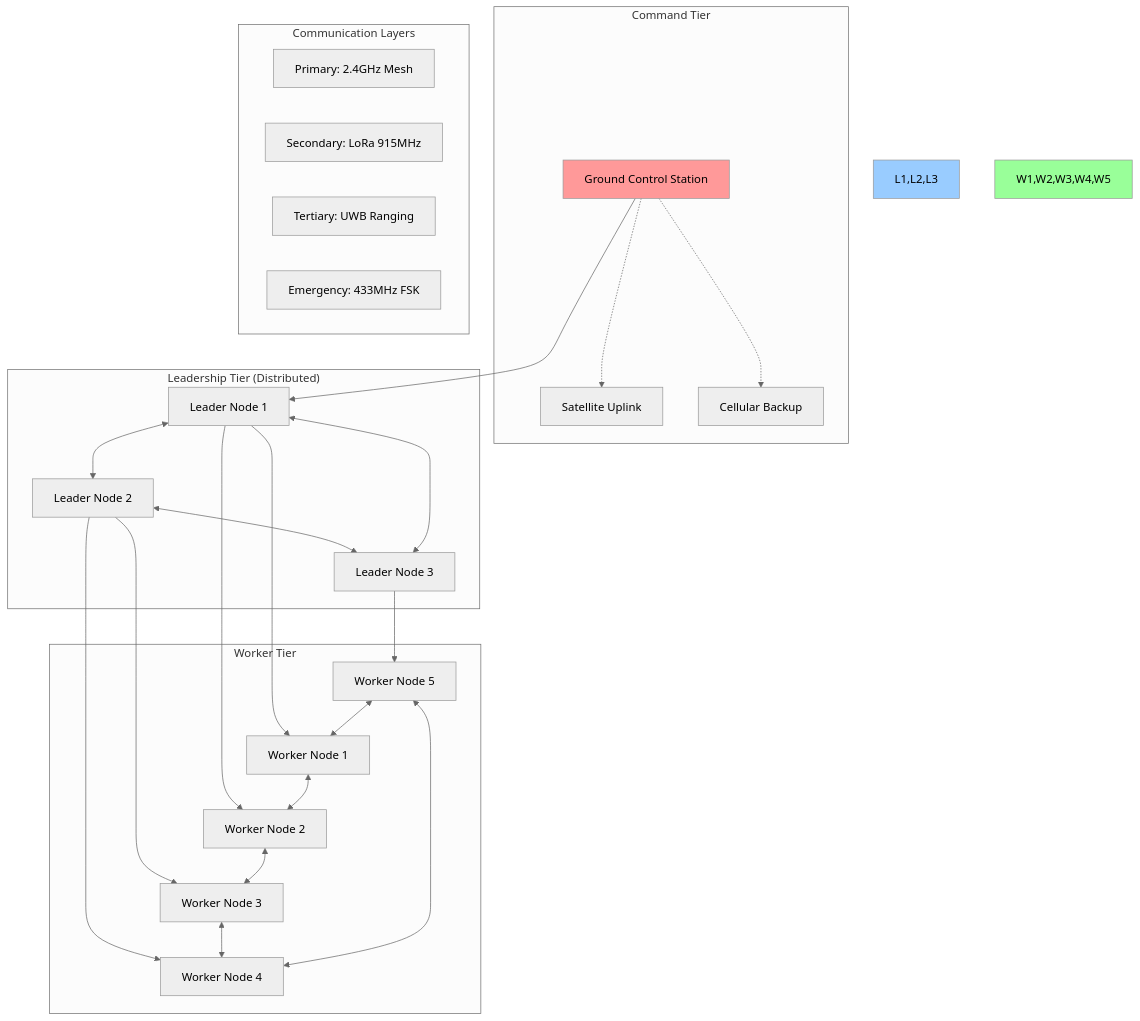
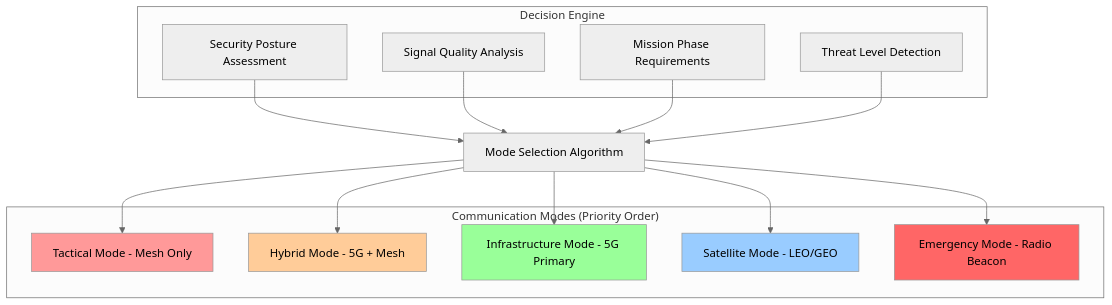
One commit to ResQTerra/terrasearch-core changed the first of 6 diagrams in README.md. Above: the diagram before and after it, drawn with Mermaid (neutral theme). The commit also changed other lines of this file, not shown here.

Commit message:
feat: hybrid arch

````diff
--- a/README.md
+++ b/README.md
@@ -43,52 +39,34 @@
 ```mermaid
-graph TB
-    subgraph "Command Tier"
-        GCS[Ground Control Station]
-        SAT[Satellite Uplink]
-        CELL[Cellular Backup]
+graph TD
+    subgraph "Communication Modes (Priority Order)"
+        TACTICAL[Tactical Mode - Mesh Only]
+        HYBRID[Hybrid Mode - 5G + Mesh]
+        INFRA[Infrastructure Mode - 5G Primary]
+        SATCOM[Satellite Mode - LEO/GEO]
+        EMERGENCY[Emergency Mode - Radio Beacon]
     end
 
-    subgraph "Leadership Tier (Distributed)"
-        L1[Leader Node 1]
-        L2[Leader Node 2] 
-        L3[Leader Node 3]
+    subgraph "Decision Engine"
+        SECURITY[Security Posture Assessment]
+        CONNECTIVITY[Signal Quality Analysis] 
+        MISSION[Mission Phase Requirements]
+        THREAT[Threat Level Detection]
     end
 
-    subgraph "Worker Tier"
-        W1[Worker Node 1]
-        W2[Worker Node 2]
-        W3[Worker Node 3]
-        W4[Worker Node 4]
-        W5[Worker Node 5]
-    end
+    SECURITY --> MODE_SELECT[Mode Selection Algorithm]
+    CONNECTIVITY --> MODE_SELECT
+    MISSION --> MODE_SELECT
+    THREAT --> MODE_SELECT
 
-    subgraph "Communication Layers"
-        PRIM[Primary: 2.4GHz Mesh]
-        SEC[Secondary: LoRa 915MHz]
-        TERT[Tertiary: UWB Ranging]
-        EMRG[Emergency: 433MHz FSK]
-    end
+    MODE_SELECT --> TACTICAL
+    MODE_SELECT --> HYBRID  
+    MODE_SELECT --> INFRA
+    MODE_SELECT --> SATCOM
+    MODE_SELECT --> EMERGENCY
 
-    GCS -.-> SAT
-    GCS -.-> CELL
-    GCS --> L1
-    L1 <--> L2
-    L2 <--> L3
-    L3 <--> L1
-    
-    L1 --> W1
-    L1 --> W2
-    L2 --> W3
-    L2 --> W4
-    L3 --> W5
-    
-    W1 <--> W2
-    W2 <--> W3
-    W3 <--> W4
-    W4 <--> W5
-    W5 <--> W1
-
-    style GCS fill:#ff9999
-    style L1,L2,L3 fill:#99ccff
-    style W1,W2,W3,W4,W5 fill:#99ff99
+    style TACTICAL fill:#ff9999
+    style HYBRID fill:#ffcc99
+    style INFRA fill:#99ff99
+    style SATCOM fill:#99ccff
+    style EMERGENCY fill:#ff6666
 ```
````
